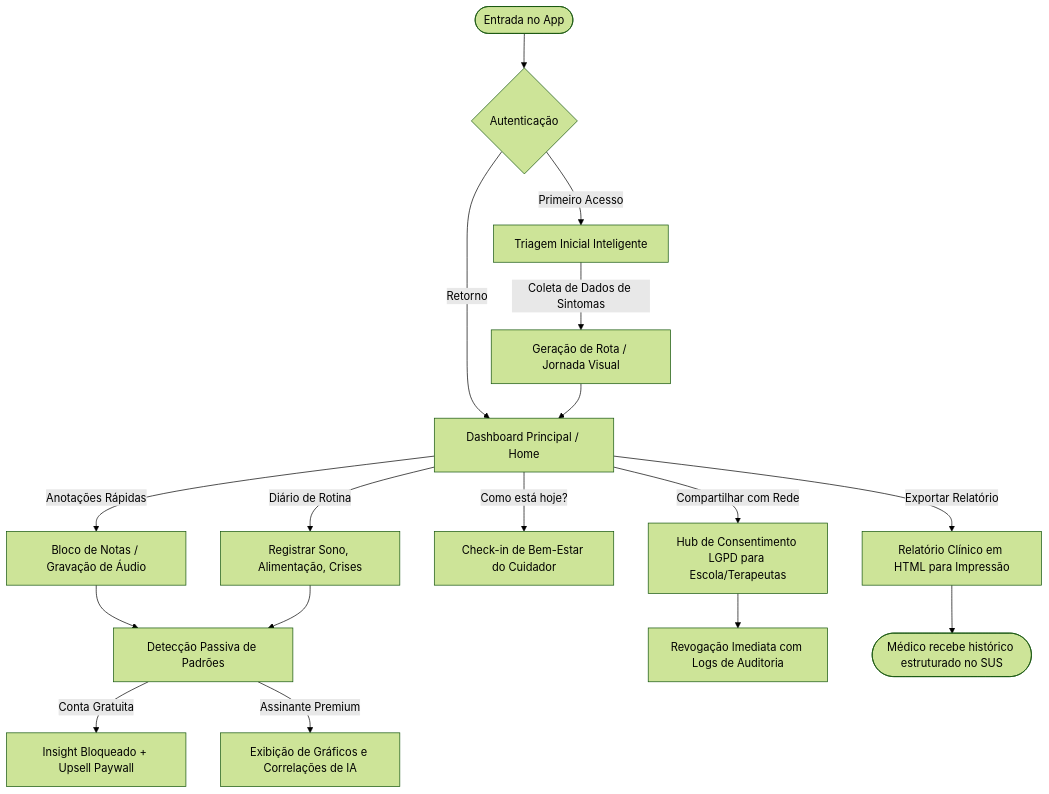
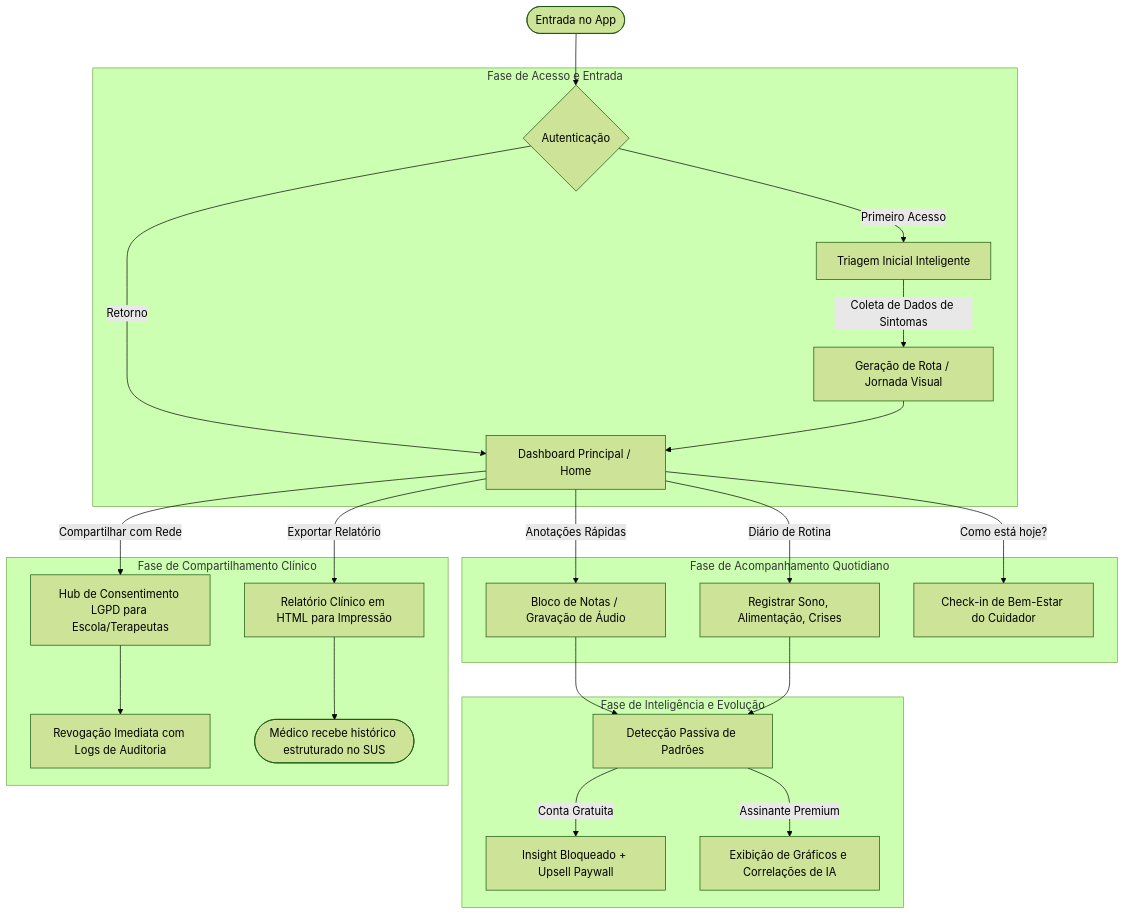
Before and after one commit to StillHue/neuroplus: the seventh of 7 diagrams in ARCHITECTURE.md, drawn with Mermaid (forest theme). The commit also changed other lines of this file, not shown here.

Commit message:
docs(web): improve architecture diagrams readability and abstract sensitive references

````diff
--- a/ARCHITECTURE.md
+++ b/ARCHITECTURE.md
@@ -226,25 +260,33 @@
 ```mermaid
 flowchart TD
   Start([Entrada no App]) --> Login{Autenticação}
-  Login -->|Primeiro Acesso| Triage[Triagem Inicial Inteligente]
-  Login -->|Retorno| Home[Dashboard Principal / Home]
   
-  Triage -->|Coleta de Dados de Sintomas| RouteGen[Geração de Rota / Jornada Visual]
-  RouteGen --> Home
+  subgraph Acesso ["Fase de Acesso e Entrada"]
+    Login -->|Primeiro Acesso| Triage[Triagem Inicial Inteligente]
+    Login -->|Retorno| Home[Dashboard Principal / Home]
+    Triage -->|Coleta de Dados de Sintomas| RouteGen[Geração de Rota / Jornada Visual]
+    RouteGen --> Home
+  end
+
+  subgraph Registros ["Fase de Acompanhamento Quotidiano"]
+    Home -->|Anotações Rápidas| Notes[Bloco de Notas / Gravação de Áudio]
+    Home -->|Diário de Rotina| Routine[Registrar Sono, Alimentação, Crises]
+    Home -->|Como está hoje?| Wellbeing[Check-in de Bem-Estar do Cuidador]
+  end
   
-  Home -->|Anotações Rápidas| Notes[Bloco de Notas / Gravação de Áudio]
-  Home -->|Diário de Rotina| Routine[Registrar Sono, Alimentação, Crises]
-  Home -->|Como está hoje?| Wellbeing[Check-in de Bem-Estar do Cuidador]
+  subgraph Analytics ["Fase de Inteligência e Evolução"]
+    Notes --> InsightEngine[Detecção Passiva de Padrões]
+    Routine --> InsightEngine
+    
+    InsightEngine -->|Conta Gratuita| LockInsight[Insight Bloqueado + Upsell Paywall]
+    InsightEngine -->|Assinante Premium| ShowInsight[Exibição de Gráficos e Correlações de IA]
+  end
   
-  Notes --> InsightEngine[Detecção Passiva de Padrões]
-  Routine --> InsightEngine
-  
-  InsightEngine -->|Conta Gratuita| LockInsight[Insight Bloqueado + Upsell Paywall]
-  InsightEngine -->|Assinante Premium| ShowInsight[Exibição de Gráficos e Correlações de IA]
-  
-  Home -->|Exportar Relatório| PrintDoc[Relatório Clínico em HTML para Impressão]
-  Home -->|Compartilhar com Rede| ConsentHub[Hub de Consentimento LGPD para Escola/Terapeutas]
-  
-  ConsentHub --> RevokeAccess[Revogação Imediata com Logs de Auditoria]
-  PrintDoc --> DocEntregue([Médico recebe histórico estruturado no SUS])
+  subgraph Saida ["Fase de Compartilhamento Clínico"]
+    Home -->|Exportar Relatório| PrintDoc[Relatório Clínico em HTML para Impressão]
+    Home -->|Compartilhar com Rede| ConsentHub[Hub de Consentimento LGPD para Escola/Terapeutas]
+    
+    ConsentHub --> RevokeAccess[Revogação Imediata com Logs de Auditoria]
+    PrintDoc --> DocEntregue([Médico recebe histórico estruturado no SUS])
+  end
 ```
````
